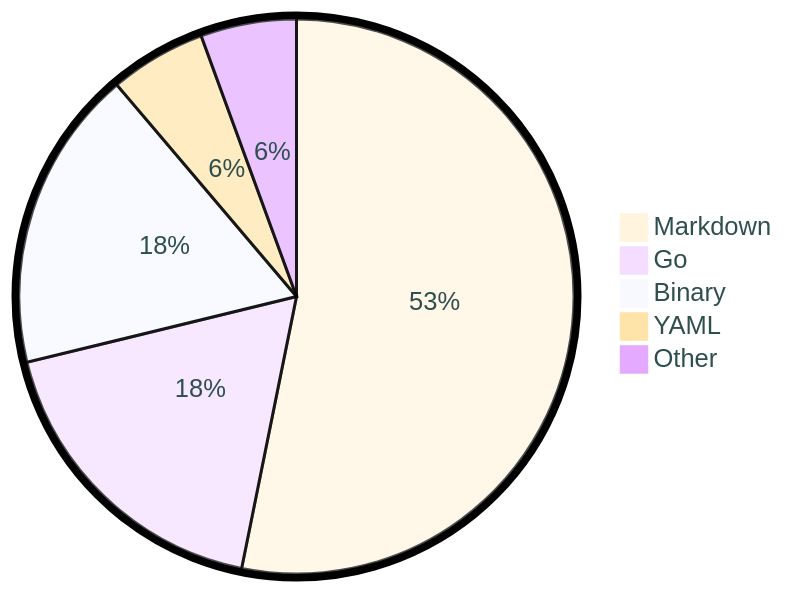
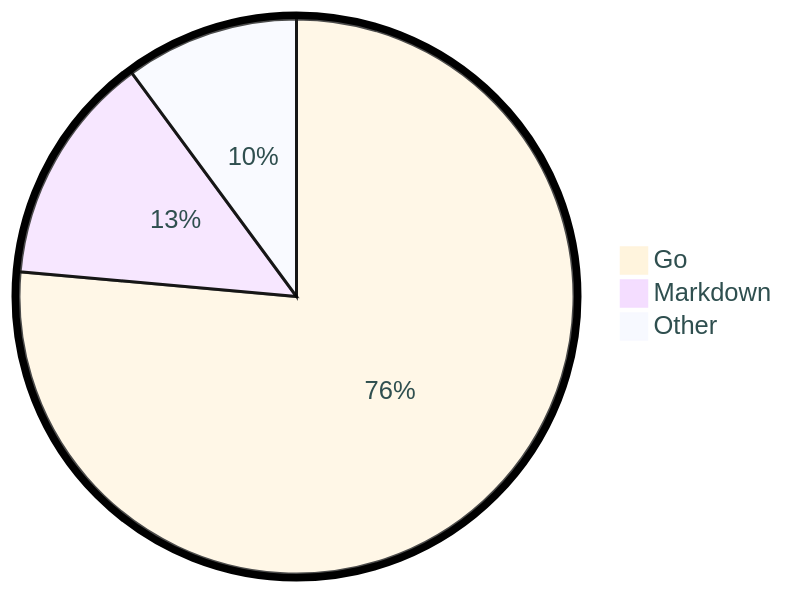
The diagram in README.md (tot0p/tot0p), drawn with Mermaid before and after one commit. The commit also changed other lines of this file, not shown here.

````diff
--- a/README.md
+++ b/README.md
@@ -78,9 +81,7 @@
 ```mermaid
 %%{init: {"pie": {"textPosition": 0.5}, "themeVariables": {"pieOuterStrokeWidth": "5px","primaryTextColor" : "#2F4F4F"},"theme":"base"} }%%
 pie
-	"Markdown": 53.17
-	"Go": 18.02
-	"Binary": 17.61
-	"YAML": 5.62
-	"Other": 5.58
+	"Go": 76.41
+	"Markdown": 13.48
+	"Other": 10.1
 ```
````
